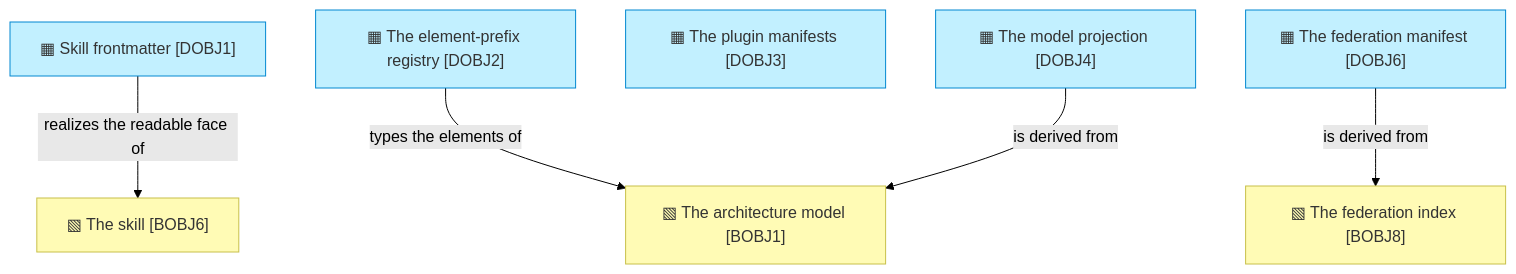
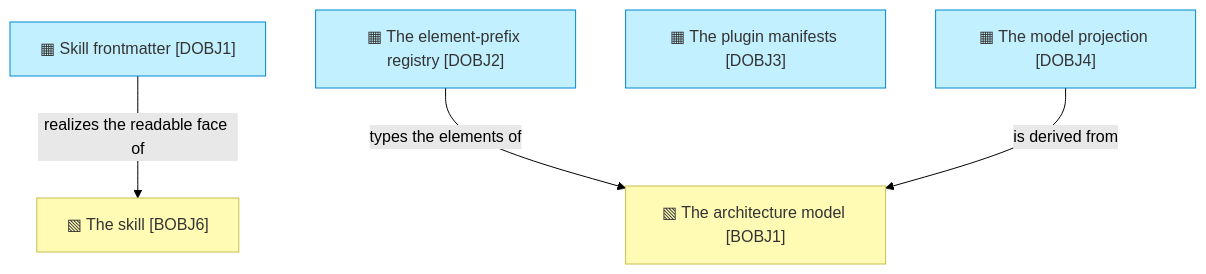
Before and after one commit to roanboc/architecture-archreator: the second of 2 diagrams in product-archreator/architecture/3_information/1_data-objects.md, drawn with Mermaid (forest theme). The commit also changed other lines of this file and 8 other files, not shown here.

````diff
--- a/product-archreator/architecture/3_information/1_data-objects.md
+++ b/product-archreator/architecture/3_information/1_data-objects.md
@@ -45,20 +46,17 @@
 ```mermaid
 flowchart TB
   dobj1["▦ Skill frontmatter [DOBJ1]"]:::data
   dobj2["▦ The element-prefix registry [DOBJ2]"]:::data
   dobj3["▦ The plugin manifests [DOBJ3]"]:::data
   dobj4["▦ The model projection [DOBJ4]"]:::data
-  dobj6["▦ The federation manifest [DOBJ6]"]:::data
 
   bobj1["▧ The architecture model [BOBJ1]"]:::object
   bobj6["▧ The skill [BOBJ6]"]:::object
-  bobj8["▧ The federation index [BOBJ8]"]:::object
 
   dobj1 -->|realizes the readable face of| bobj6
   dobj2 -->|types the elements of| bobj1
   dobj4 -->|is derived from| bobj1
-  dobj6 -->|is derived from| bobj8
 
   classDef data fill:#c2f0ff,stroke:#0288d1,color:#333
   classDef object fill:#fffbb5,stroke:#c8c04a,color:#333
 ```
````
